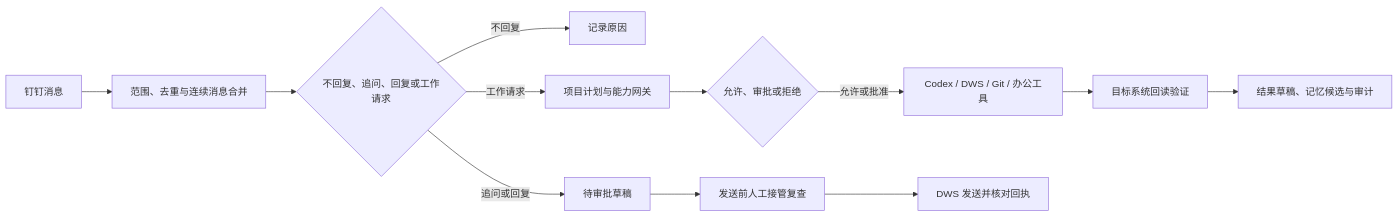
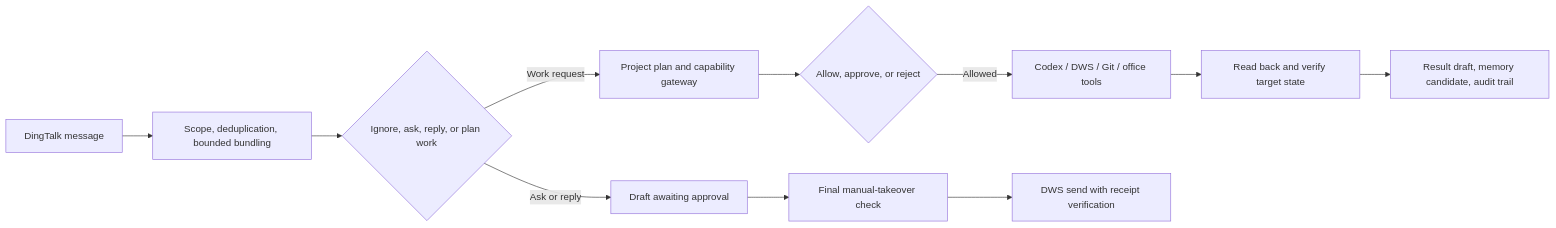
Before and after one commit to ruiwang20010702/ai-employee: the first of 2 diagrams in README.md, drawn with Mermaid. The commit also changed other lines of this file and 14 other files, not shown here.

````diff
--- a/README.md
+++ b/README.md
@@ -36,14 +34,13 @@
 ```mermaid
 flowchart LR
-    A["钉钉消息"] --> B["范围、去重与连续消息合并"]
-    B --> C{"不回复、追问、回复或工作请求"}
-    C -->|"不回复"| D["记录原因"]
-    C -->|"追问或回复"| E["待审批草稿"]
-    C -->|"工作请求"| F["项目计划与能力网关"]
-    F --> G{"允许、审批或拒绝"}
-    G -->|"允许或批准"| H["Codex / DWS / Git / 办公工具"]
-    H --> I["目标系统回读验证"]
-    I --> J["结果草稿、记忆候选与审计"]
-    E --> K["发送前人工接管复查"]
-    K --> L["DWS 发送并核对回执"]
+    A["DingTalk message"] --> B["Scope, deduplication, bounded bundling"]
+    B --> C{"Ignore, ask, reply, or plan work"}
+    C -->|"Ask or reply"| D["Draft awaiting approval"]
+    C -->|"Work request"| E["Project plan and capability gateway"]
+    E --> F{"Allow, approve, or reject"}
+    F -->|"Allowed"| G["Codex / DWS / Git / office tools"]
+    G --> H["Read back and verify target state"]
+    H --> I["Result draft, memory candidate, audit trail"]
+    D --> J["Final manual-takeover check"]
+    J --> K["DWS send with receipt verification"]
 ```
````
